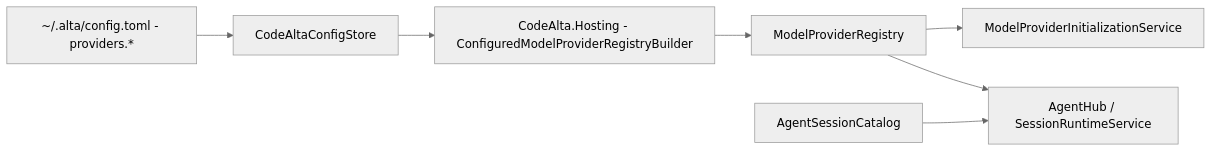
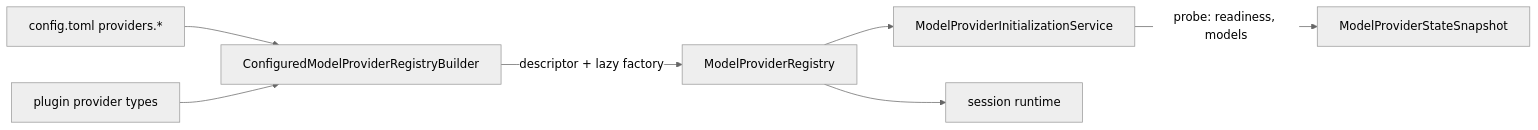
Before and after one commit to CodeAlta/CodeAlta: the diagram in doc/providers.md, drawn with Mermaid (neutral theme). The commit also changed other lines of this file and 102 other files, not shown here.

First line of the commit message:
Update doc: architecture-only doc/, reorganized user guide

````diff
--- a/doc/providers.md
+++ b/doc/providers.md
@@ -7,17 +21,9 @@
 ```mermaid
 flowchart LR
-    Config[~/.alta/config.toml - providers.*]
-    Store[CodeAltaConfigStore]
-    Builder[CodeAlta.Hosting - ConfiguredModelProviderRegistryBuilder]
-    Registry[ModelProviderRegistry]
-    Init[ModelProviderInitializationService]
-    Runtime[AgentHub / SessionRuntimeService]
-    Catalog[AgentSessionCatalog]
-
-    Config --> Store
-    Store --> Builder
-    Builder --> Registry
-    Registry --> Init
-    Registry --> Runtime
-    Catalog --> Runtime
+    Config["config.toml providers.*"] --> Builder[ConfiguredModelProviderRegistryBuilder]
+    Plugins[plugin provider types] --> Builder
+    Builder -->|descriptor + lazy factory| Registry[ModelProviderRegistry]
+    Registry --> Init[ModelProviderInitializationService]
+    Registry --> Runtime[session runtime]
+    Init -->|probe: readiness, models| State[ModelProviderStateSnapshot]
 ```
````
